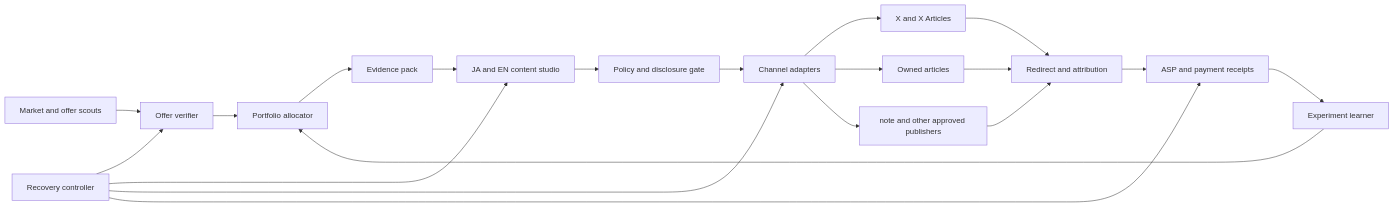
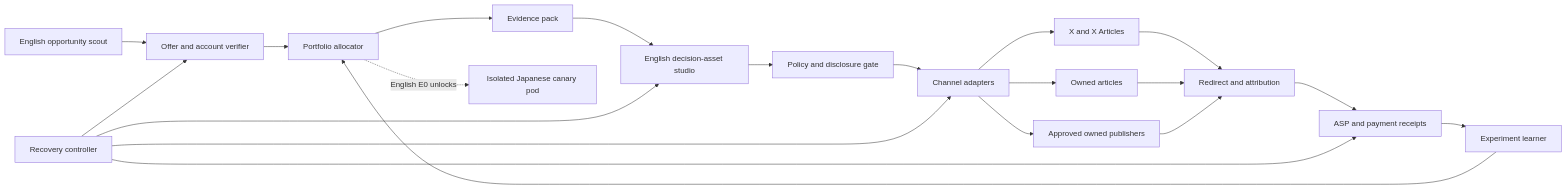
Before and after one commit to Daisuke134/anicca: the second of 3 diagrams in docs/affiliate-agent/AFFILIATE-AGENT-SSOT.md, drawn with Mermaid. The commit also changed other lines of this file and 2 other files, not shown here.

Commit message:
docs: make affiliate agent English-first

````diff
--- a/docs/affiliate-agent/AFFILIATE-AGENT-SSOT.md
+++ b/docs/affiliate-agent/AFFILIATE-AGENT-SSOT.md
@@ -150,22 +203,23 @@
 ```mermaid
 flowchart LR
-  S[Market and offer scouts] --> V[Offer verifier]
+  S[English opportunity scout] --> V[Offer and account verifier]
   V --> P[Portfolio allocator]
   P --> E[Evidence pack]
-  E --> C[JA and EN content studio]
+  E --> C[English decision-asset studio]
   C --> G[Policy and disclosure gate]
   G --> D[Channel adapters]
   D --> X[X and X Articles]
   D --> A[Owned articles]
-  D --> N[note and other approved publishers]
+  D --> N[Approved owned publishers]
   X --> T[Redirect and attribution]
   A --> T
   N --> T
   T --> R[ASP and payment receipts]
   R --> L[Experiment learner]
   L --> P
+  P -. English E0 unlocks .-> J[Isolated Japanese canary pod]
   H[Recovery controller] --> V
   H --> C
   H --> D
   H --> R
 ```
````
